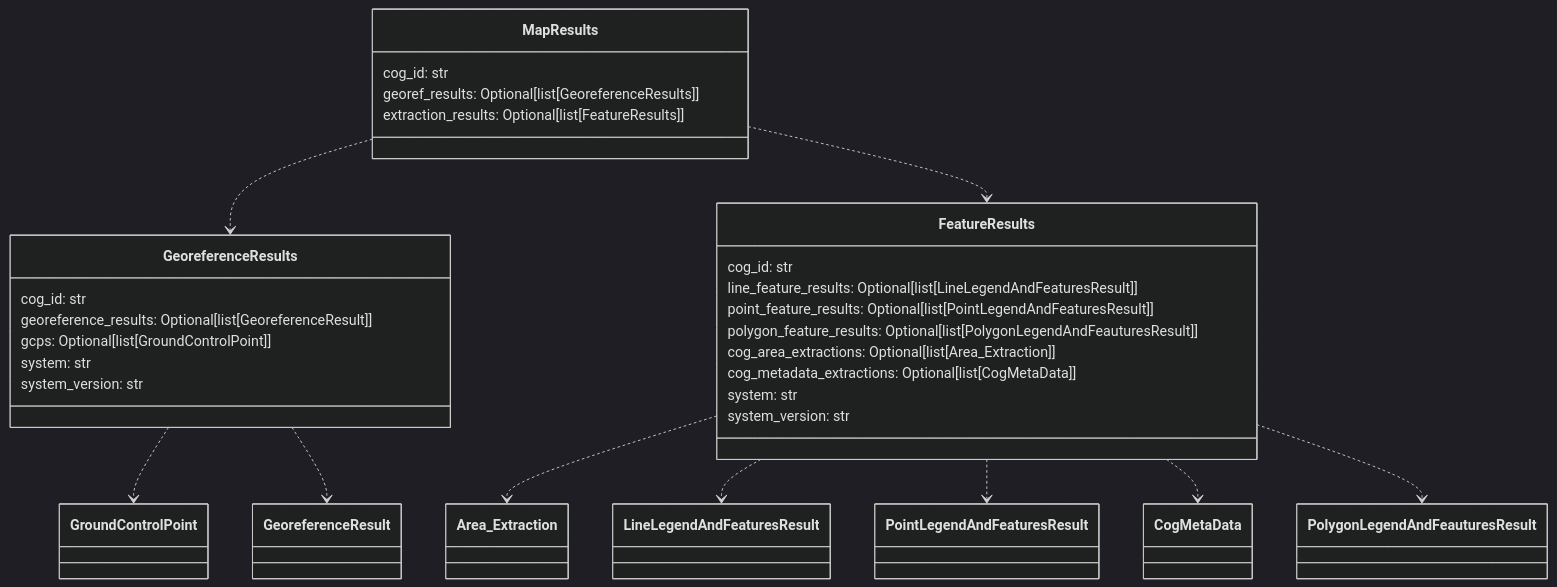
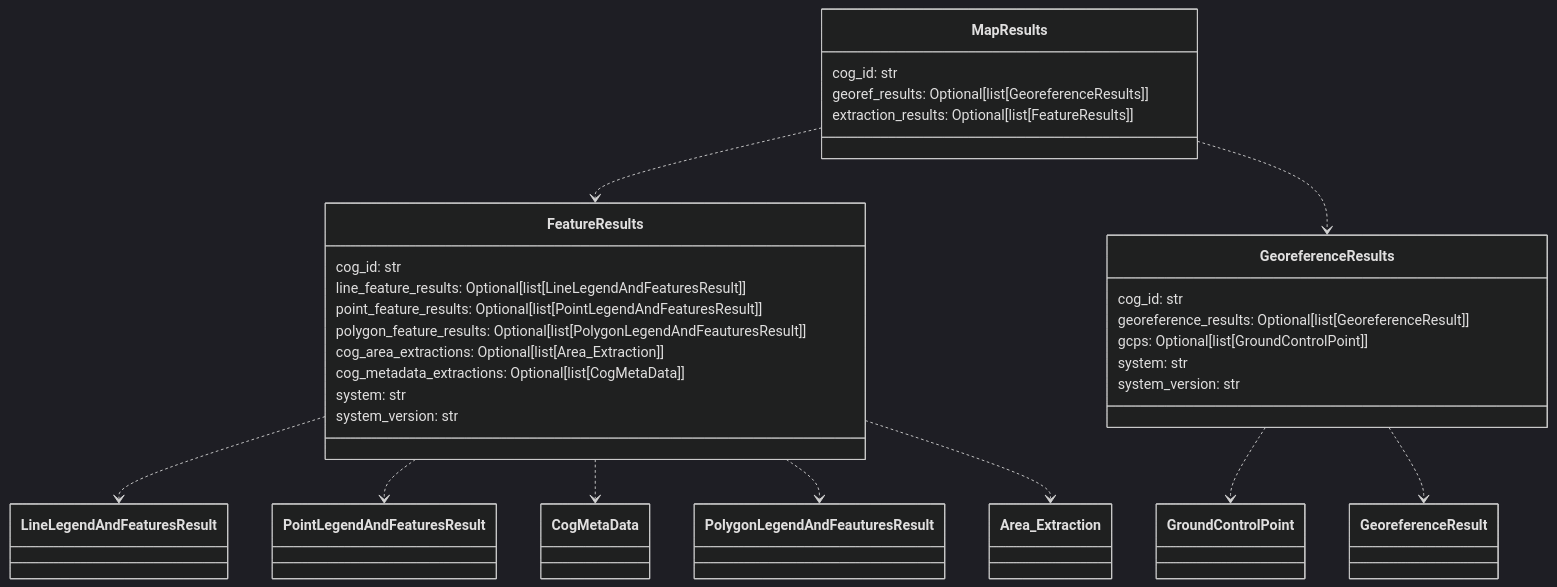
Before and after one commit to DARPA-CRITICALMAAS/cdr_schemas: diagram 11 of 12 in README.md, drawn with Mermaid (dark theme). The commit also changed other lines of this file and 2 other files, not shown here.

````diff
--- a/README.md
+++ b/README.md
@@ -848,40 +864,40 @@
 ```mermaid
 classDiagram
 
     class FeatureResults {
         cog_id: str
         line_feature_results: Optional[list[LineLegendAndFeaturesResult]]
         point_feature_results: Optional[list[PointLegendAndFeaturesResult]]
         polygon_feature_results: Optional[list[PolygonLegendAndFeauturesResult]]
         cog_area_extractions: Optional[list[Area_Extraction]]
         cog_metadata_extractions: Optional[list[CogMetaData]]
         system: str
         system_version: str
     }
 
-    class MapResults {
-        cog_id: str
-        georef_results: Optional[list[GeoreferenceResults]]
-        extraction_results: Optional[list[FeatureResults]]
-    }
-
     class GeoreferenceResults {
         cog_id: str
         georeference_results: Optional[list[GeoreferenceResult]]
         gcps: Optional[list[GroundControlPoint]]
         system: str
         system_version: str
     }
 
-    FeatureResults ..> Area_Extraction
+    class MapResults {
+        cog_id: str
+        georef_results: Optional[list[GeoreferenceResults]]
+        extraction_results: Optional[list[FeatureResults]]
+    }
+
     FeatureResults ..> LineLegendAndFeaturesResult
     FeatureResults ..> PointLegendAndFeaturesResult
     FeatureResults ..> CogMetaData
     FeatureResults ..> PolygonLegendAndFeauturesResult
+    FeatureResults ..> Area_Extraction
     GeoreferenceResults ..> GroundControlPoint
     GeoreferenceResults ..> GeoreferenceResult
+    MapResults ..> FeatureResults
     MapResults ..> GeoreferenceResults
-    MapResults ..> FeatureResults
 
 
 ```
````
